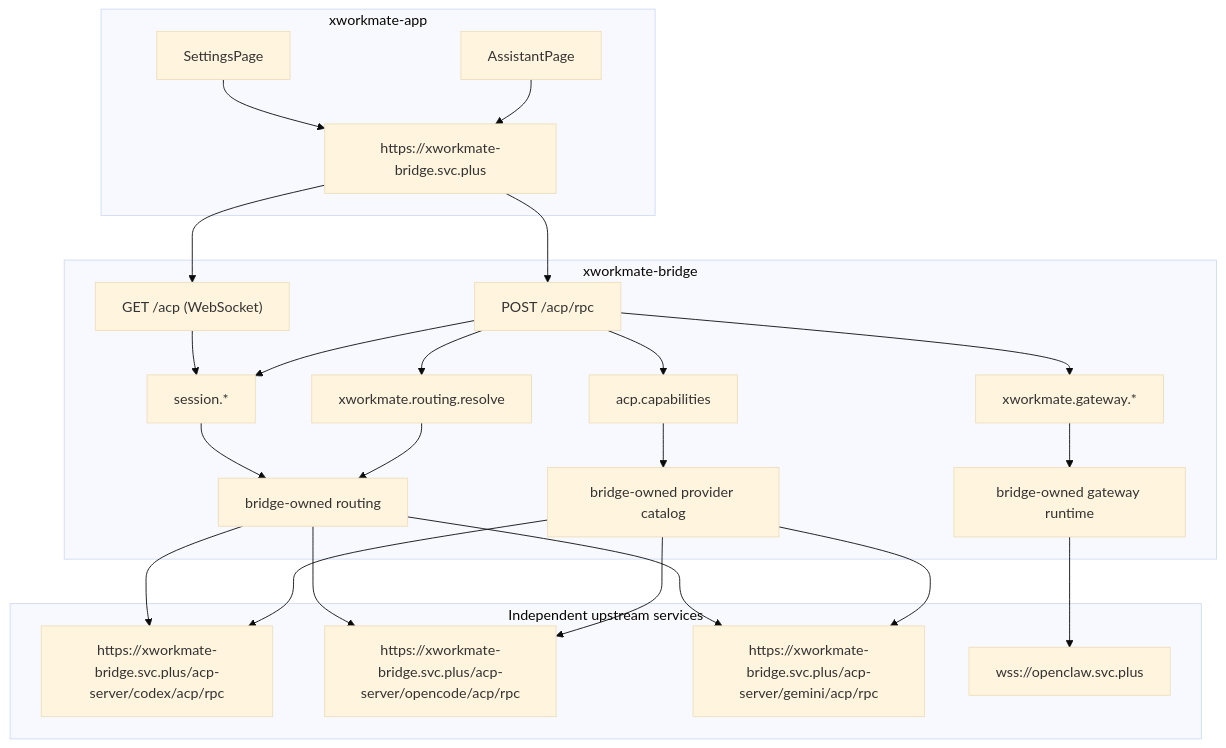
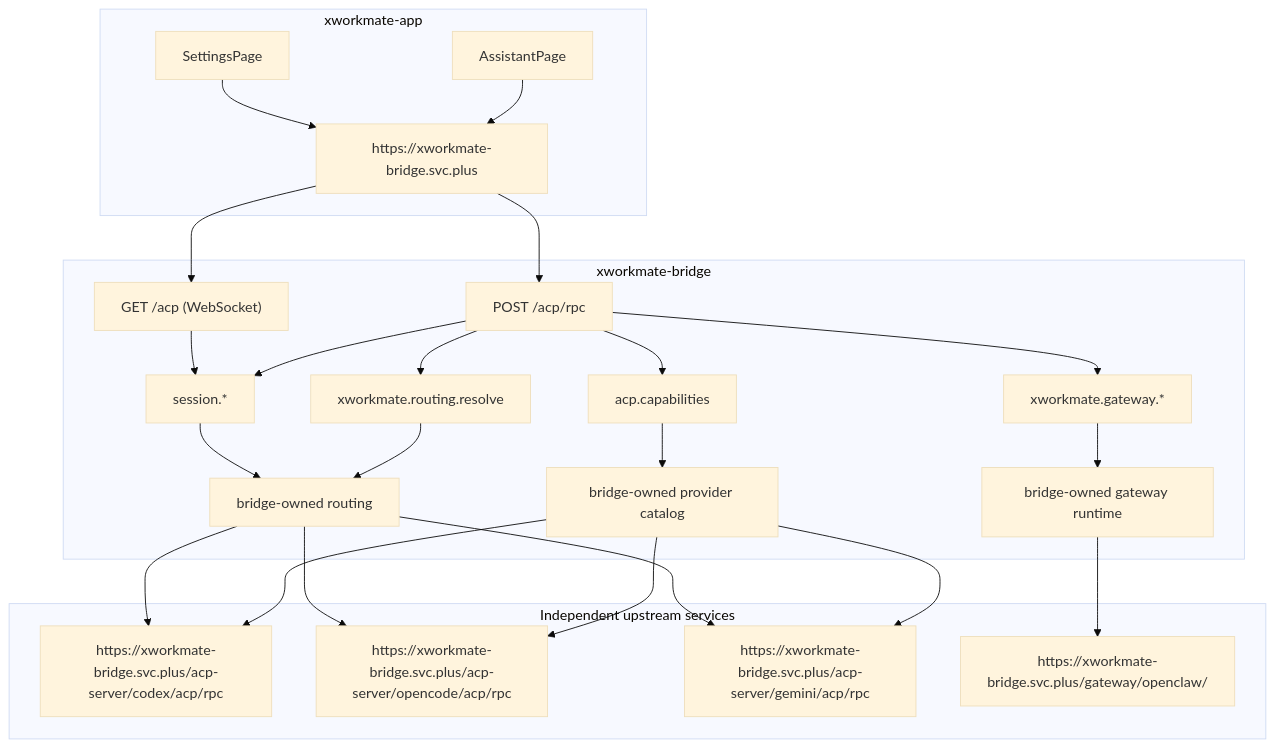
Before and after one commit to ai-workspace-lab/xworkmate-bridge: the first of 2 diagrams in docs/architecture/acp-forwarding-topology.md, drawn with Mermaid (base theme). The commit also changed other lines of this file and 9 other files, not shown here.

Commit message:
refactor(acp): unify ingress topology and migrate all services to xworkmate-bridge.svc.plus

````diff
--- a/docs/architecture/acp-forwarding-topology.md
+++ b/docs/architecture/acp-forwarding-topology.md
@@ -23,49 +23,49 @@
 ```mermaid
 flowchart TD
   subgraph APP["xworkmate-app"]
     A1["AssistantPage"]
     A2["SettingsPage"]
     A3["https://xworkmate-bridge.svc.plus"]
     A1 --> A3
     A2 --> A3
   end
 
   subgraph BRIDGE["xworkmate-bridge"]
     B1["POST /acp/rpc"]
     B2["GET /acp (WebSocket)"]
     B3["acp.capabilities"]
     B4["xworkmate.routing.resolve"]
     B5["session.*"]
     B6["xworkmate.gateway.*"]
     B7["bridge-owned provider catalog"]
     B8["bridge-owned routing"]
     B9["bridge-owned gateway runtime"]
 
     A3 --> B1
     A3 --> B2
     B1 --> B3
     B1 --> B4
     B1 --> B5
     B1 --> B6
     B2 --> B5
     B3 --> B7
     B4 --> B8
     B5 --> B8
     B6 --> B9
   end
 
   subgraph UPSTREAM["Independent upstream services"]
     C1["https://xworkmate-bridge.svc.plus/acp-server/codex/acp/rpc"]
     C2["https://xworkmate-bridge.svc.plus/acp-server/opencode/acp/rpc"]
     C3["https://xworkmate-bridge.svc.plus/acp-server/gemini/acp/rpc"]
-    C4["wss://openclaw.svc.plus"]
+    C4["https://xworkmate-bridge.svc.plus/gateway/openclaw/"]
   end
 
   B7 --> C1
   B7 --> C2
   B7 --> C3
   B8 --> C1
   B8 --> C2
   B8 --> C3
   B9 --> C4
 ```
````
